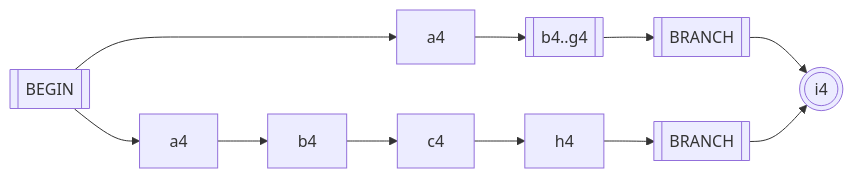
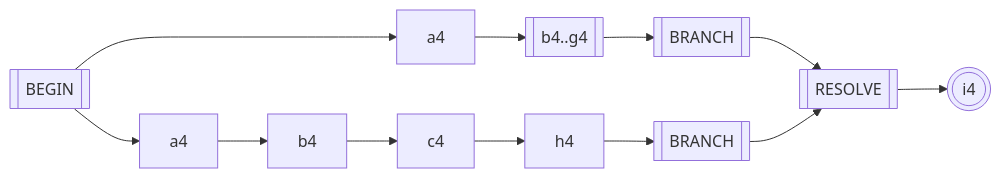
Before and after one commit to vczh-websites/vczh: diagram 26 of 27 in Blog/GLR-Refactoring/Mermaid.md, drawn with Mermaid. The commit also changed other lines of this file, not shown here.

````diff
--- a/Blog/GLR-Refactoring/Mermaid.md
+++ b/Blog/GLR-Refactoring/Mermaid.md
@@ -633,6 +633,6 @@
 ```mermaid
 graph LR
   S[[BEGIN]]-->a4_1[a4]-->b4_g4[["b4..g4"]]-->R_1[[BRANCH]]
   S-->a4_2[a4]-->b4-->c4-->h4-->R_2[[BRANCH]]
-  R_1 & R_2-->i4(((i4)))
+  R_1 & R_2 --> R[[RESOLVE]] --> i4(((i4)))
 ```
````
